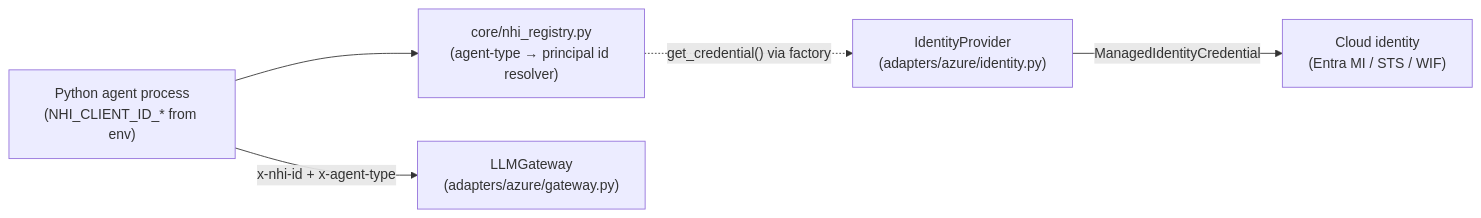
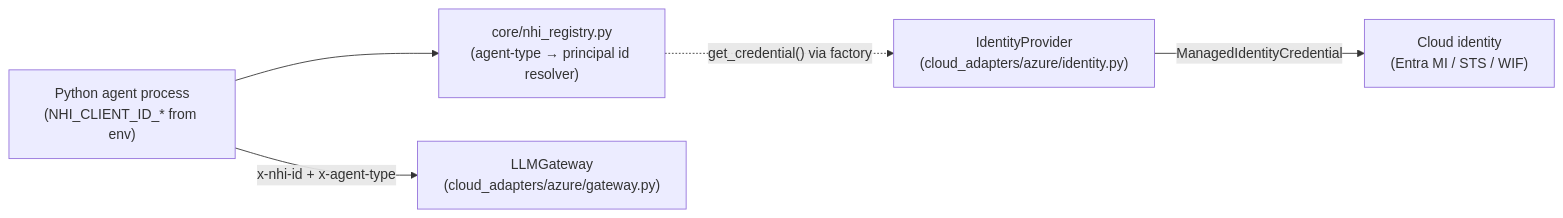
Before and after one commit to rlpatrao/agent-gov-sec: the second of 9 diagrams in docs/architecture.md, drawn with Mermaid. The commit also changed other lines of this file and 116 other files, not shown here.

First line of the commit message:
refactor: split adapters/ into cloud_adapters/ and agent_framework_adapters/ (#33)

````diff
--- a/docs/architecture.md
+++ b/docs/architecture.md
@@ -162,13 +165,13 @@
 ```mermaid
 flowchart LR
   Agent["Python agent process\n(NHI_CLIENT_ID_* from env)"]
   Reg["core/nhi_registry.py\n(agent-type → principal id resolver)"]
-  IDP["IdentityProvider\n(adapters/azure/identity.py)"]
+  IDP["IdentityProvider\n(cloud_adapters/azure/identity.py)"]
   Cloud["Cloud identity\n(Entra MI / STS / WIF)"]
-  GW["LLMGateway\n(adapters/azure/gateway.py)"]
+  GW["LLMGateway\n(cloud_adapters/azure/gateway.py)"]
 
   Agent --> Reg
   Reg -. get_credential() via factory .-> IDP
   IDP -->|"ManagedIdentityCredential"| Cloud
   Agent -->|"x-nhi-id + x-agent-type"| GW
 ```
````
